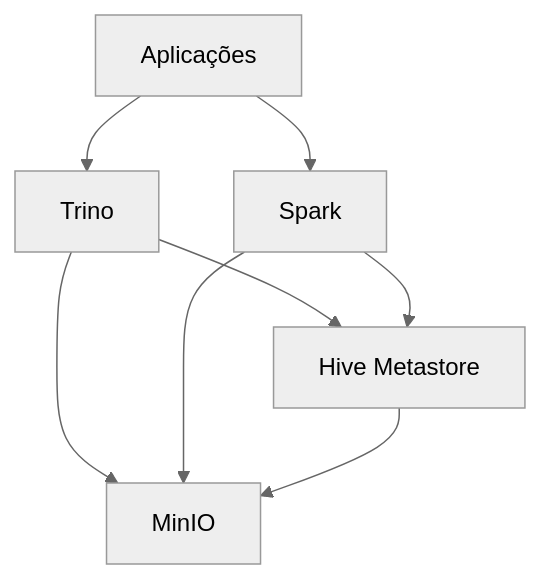
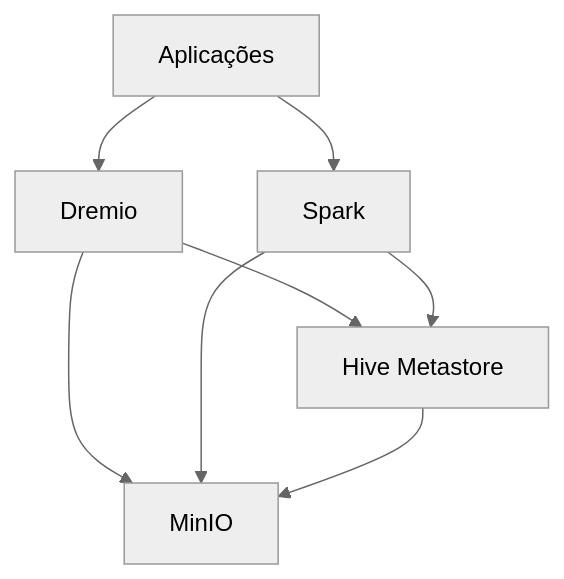
The diagram in docs/index.md (edvaldo-gutierres/data-lab), drawn with Mermaid (neutral theme) before and after one commit. The commit also changed other lines of this file and 4 other files, not shown here.

Commit message:
Atualização da documentação para substituir Trino por Dremio

````diff
--- a/docs/index.md
+++ b/docs/index.md
@@ -17,10 +17,10 @@
 ```mermaid
 graph TD
-    A[Aplicações] --> B[Trino]
+    A[Aplicações] --> B[Dremio]
     A --> C[Spark]
     B --> D[Hive Metastore]
     C --> D
     B --> E[MinIO]
     C --> E
     D --> E
 ```
````
